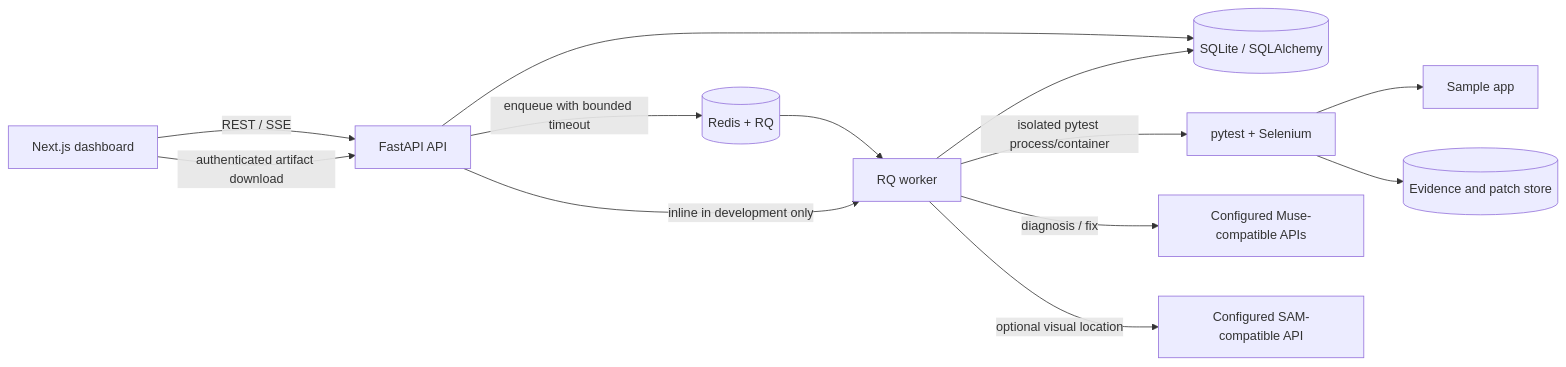
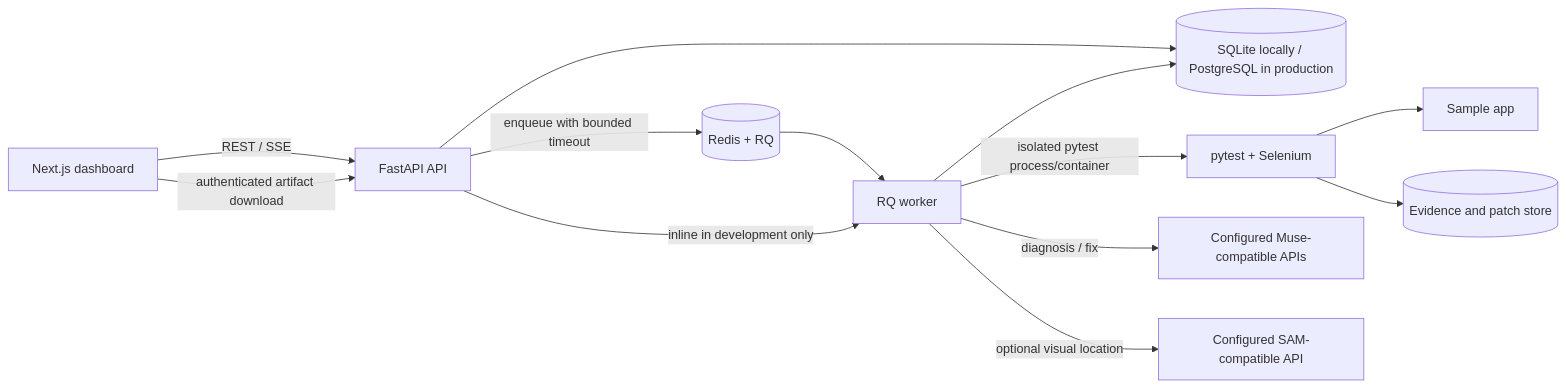
One commit to Sonali-0x/HealTest changed the first of 2 diagrams in docs/architecture.md. Above: the diagram before and after it, drawn with Mermaid. The commit also changed other lines of this file and 26 other files, not shown here.

````diff
--- a/docs/architecture.md
+++ b/docs/architecture.md
@@ -10,15 +10,15 @@
 ```mermaid
 flowchart LR
     Browser[Next.js dashboard] -->|REST / SSE| API[FastAPI API]
-    API --> DB[(SQLite / SQLAlchemy)]
+    API --> DB[(SQLite locally / PostgreSQL in production)]
     API -->|enqueue with bounded timeout| Redis[(Redis + RQ)]
     Redis --> Worker[RQ worker]
     API -->|inline in development only| Worker
     Worker -->|isolated pytest process/container| Runner[pytest + Selenium]
     Runner --> Sample[Sample app]
     Runner --> Store[(Evidence and patch store)]
     Worker -->|diagnosis / fix| Models[Configured Muse-compatible APIs]
     Worker -->|optional visual location| SAM[Configured SAM-compatible API]
     Worker --> DB
     Browser -->|authenticated artifact download| API
 ```
````
